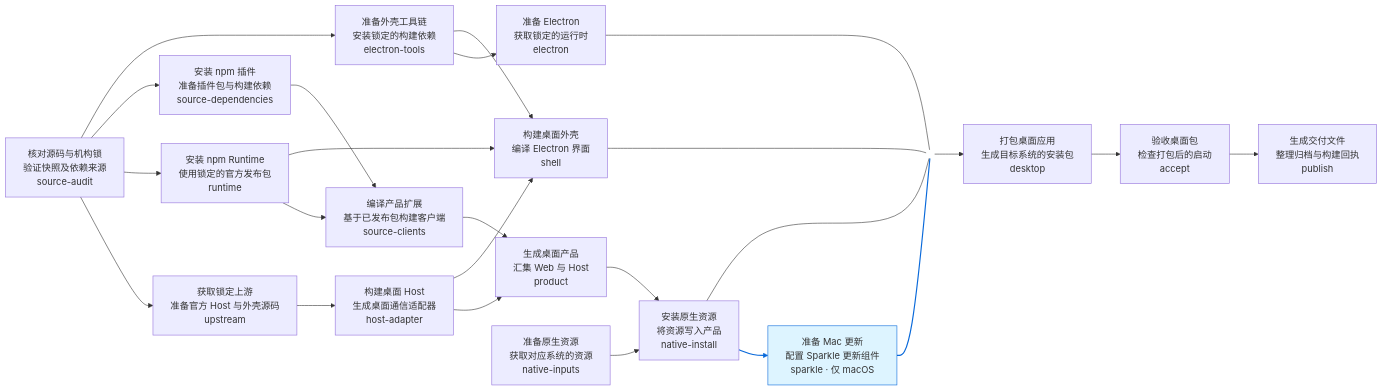
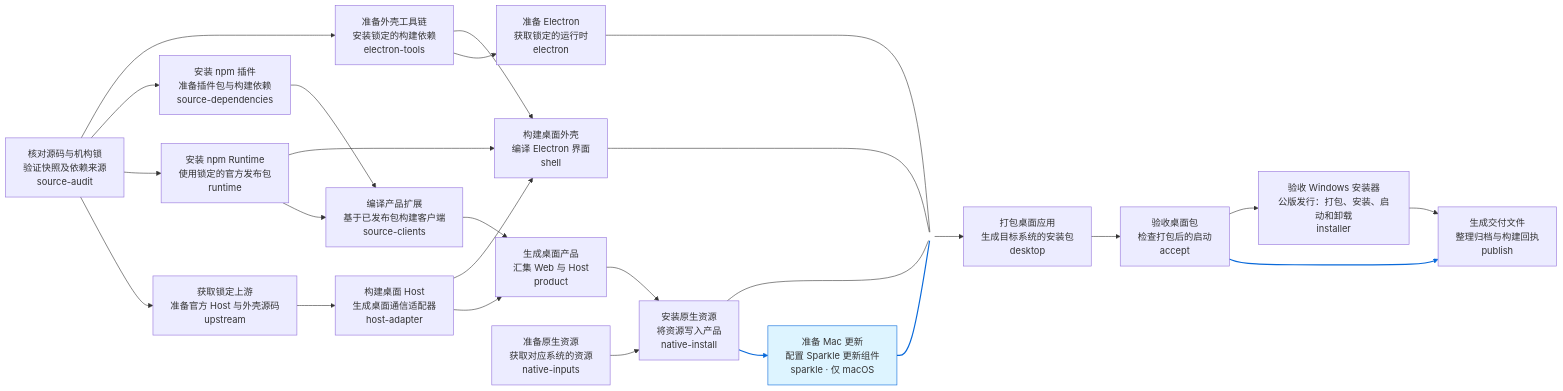
The diagram in docs/assets/build-pipeline.mmd (ECNU/EduWork), drawn with Mermaid before and after one commit. The commit also changed 133 other files, not shown here.

```diff
--- a/docs/assets/build-pipeline.mmd
+++ b/docs/assets/build-pipeline.mmd
@@ -1,48 +1,52 @@
 %% Generated by scripts/build-pipeline-diagram.mjs — do not edit by hand.
 %%{init: {"flowchart": {"curve": "basis"}}}%%
 flowchart LR
   source_audit["核对源码与机构锁<br/>验证快照及依赖来源<br/>source-audit"]
   upstream["获取锁定上游<br/>准备官方 Host 与外壳源码<br/>upstream"]
   runtime["安装 npm Runtime<br/>使用锁定的官方发布包<br/>runtime"]
   source_dependencies["安装 npm 插件<br/>准备插件包与构建依赖<br/>source-dependencies"]
   host_adapter["构建桌面 Host<br/>生成桌面通信适配器<br/>host-adapter"]
   source_clients["编译产品扩展<br/>基于已发布包构建客户端<br/>source-clients"]
   product["生成桌面产品<br/>汇集 Web 与 Host<br/>product"]
   electron_tools["准备外壳工具链<br/>安装锁定的构建依赖<br/>electron-tools"]
   electron["准备 Electron<br/>获取锁定的运行时<br/>electron"]
   shell["构建桌面外壳<br/>编译 Electron 界面<br/>shell"]
   native_inputs["准备原生资源<br/>获取对应系统的资源<br/>native-inputs"]
   native_install["安装原生资源<br/>将资源写入产品<br/>native-install"]
   sparkle["准备 Mac 更新<br/>配置 Sparkle 更新组件<br/>sparkle · 仅 macOS"]
   desktop["打包桌面应用<br/>生成目标系统的安装包<br/>desktop"]
   accept["验收桌面包<br/>检查打包后的启动<br/>accept"]
   publish["生成交付文件<br/>整理归档与构建回执<br/>publish"]
+  installer["验收 Windows 安装器<br/>公版发行：打包、安装、启动和卸载<br/>installer"]
   join(( ))
   source_audit --> upstream
   source_audit --> runtime
   source_audit --> source_dependencies
   upstream --> host_adapter
   runtime --> source_clients
   source_dependencies --> source_clients
   source_clients --> product
   host_adapter --> product
   source_audit --> electron_tools
   electron_tools --> electron
   runtime --> shell
   host_adapter --> shell
   electron_tools --> shell
   product --> native_install
   native_inputs --> native_install
   native_install --> sparkle
   linkStyle 15 stroke:#0969da,stroke-width:2px
   shell --- join
   electron --- join
   sparkle --- join
   linkStyle 18 stroke:#0969da,stroke-width:2px
   desktop --> accept
   accept --> publish
+  linkStyle 20 stroke:#0969da,stroke-width:2px
   native_install --- join
+  accept --> installer
+  installer --> publish
   join --> desktop
   style join fill:transparent,stroke:transparent,color:transparent
   classDef macOnly fill:#ddf4ff,stroke:#0969da
   class sparkle macOnly
```
